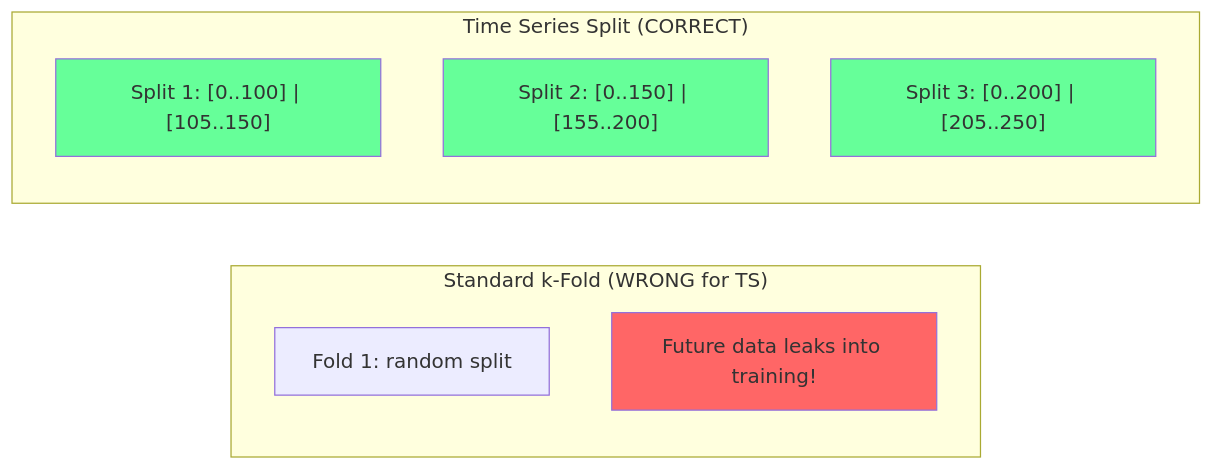
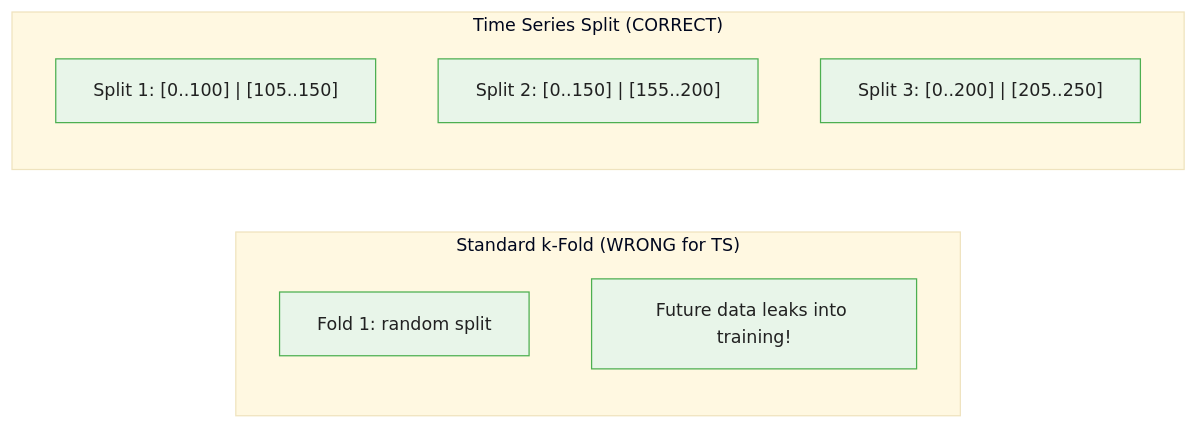
One commit to m-deane/course-creator changed the second of 4 diagrams in courses/genetic-algorithms-feature-selection/modules/module_02_fitness/guides/02_cross_validation_fitness_slides.md. Above: the diagram before and after it, drawn with Mermaid. The commit also changed other lines of this file and 52 other files, not shown here.

````diff
--- a/courses/genetic-algorithms-feature-selection/modules/module_02_fitness/guides/02_cross_validation_fitness_slides.md
+++ b/courses/genetic-algorithms-feature-selection/modules/module_02_fitness/guides/02_cross_validation_fitness_slides.md
@@ -119,16 +119,13 @@
 ```mermaid
+%%{init: {"theme": "base", "themeVariables": {"primaryColor": "#e8f5e9", "primaryBorderColor": "#4caf50", "primaryTextColor": "#212121", "secondaryColor": "#e3f2fd", "tertiaryColor": "#fff8e1", "lineColor": "#757575", "fontFamily": "Inter, sans-serif", "fontSize": "14px"}}}%%
 flowchart LR
     subgraph "Standard k-Fold (WRONG for TS)"
         A1["Fold 1: random split"]
         A2["Future data leaks into training!"]
     end
     subgraph "Time Series Split (CORRECT)"
         B1["Split 1: [0..100] | [105..150]"]
         B2["Split 2: [0..150] | [155..200]"]
         B3["Split 3: [0..200] | [205..250]"]
     end
-    style A2 fill:#f66
-    style B1 fill:#6f9
-    style B2 fill:#6f9
-    style B3 fill:#6f9
 ```
````
